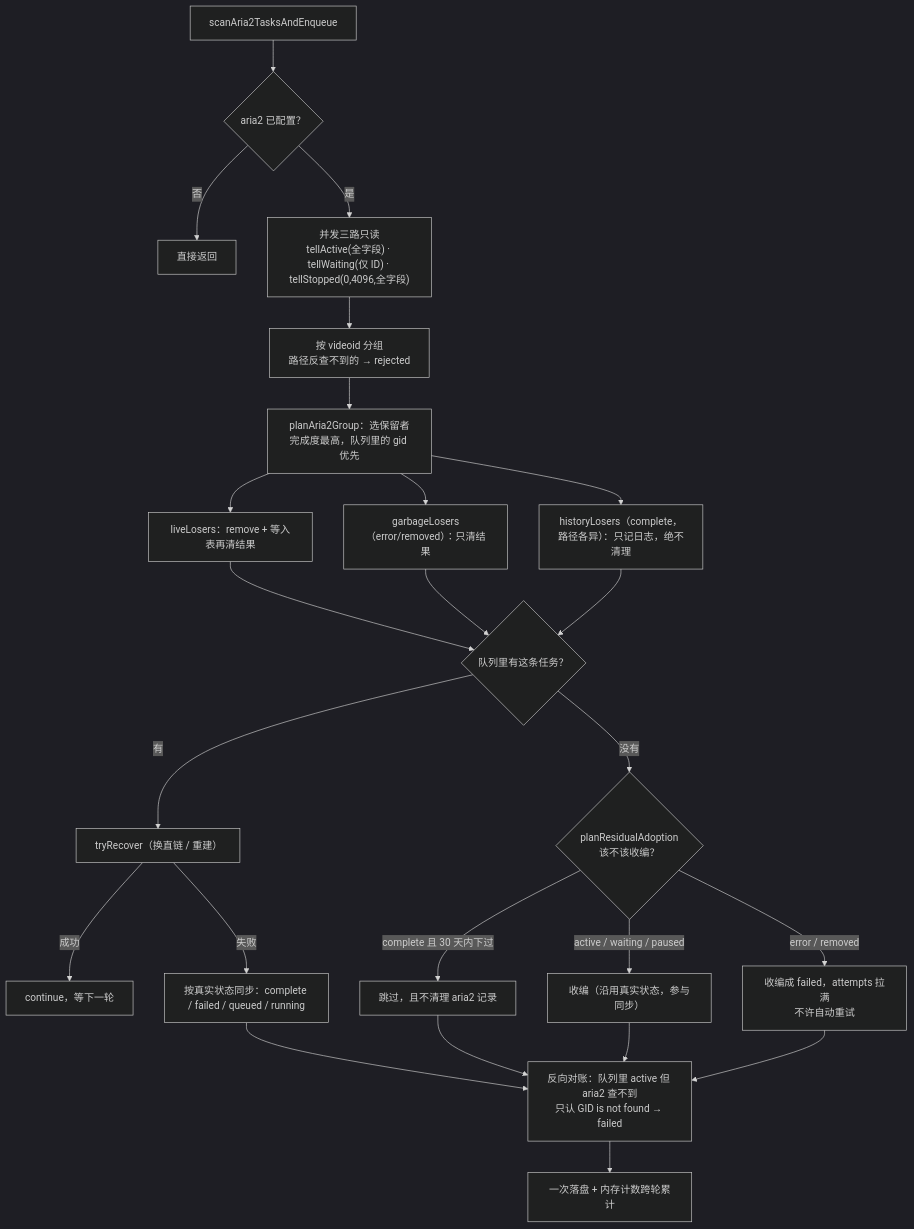
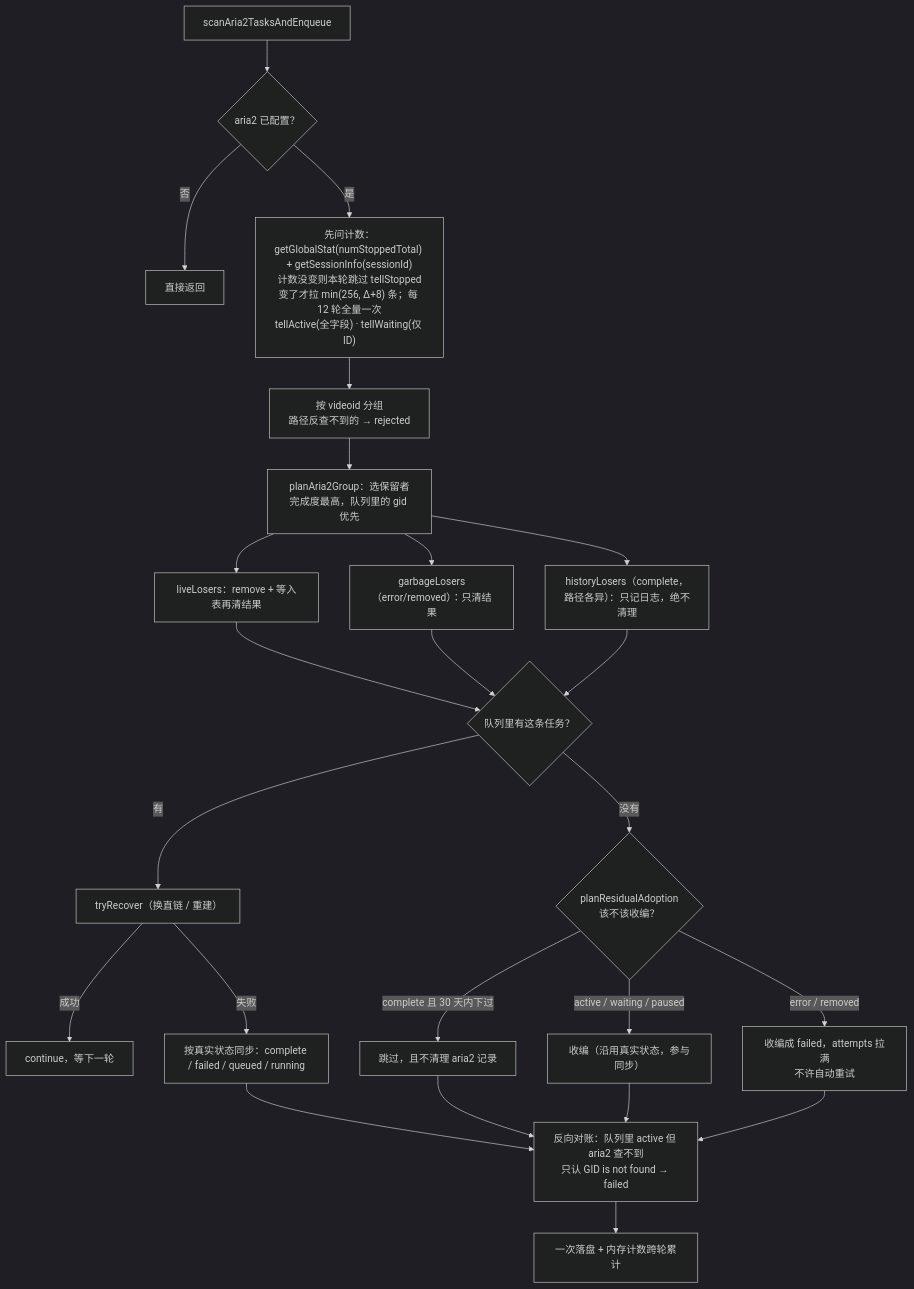
Before and after one commit to dawn-lc/IwaraAssistant: the second of 5 diagrams in docs/08-aria2-flow.md, drawn with Mermaid (dark theme). The commit also changed 4 other files, not shown here.

````diff
--- a/docs/08-aria2-flow.md
+++ b/docs/08-aria2-flow.md
@@ -44,26 +44,26 @@
 ```mermaid
 flowchart TD
     S["scanAria2TasksAndEnqueue"] --> C{"aria2 已配置？"}
     C -->|"否"| R0["直接返回"]
-    C -->|"是"| F["并发三路只读<br/>tellActive(全字段) · tellWaiting(仅 ID) · tellStopped(0,4096,全字段)"]
+    C -->|"是"| F["先问计数：getGlobalStat(numStoppedTotal) + getSessionInfo(sessionId)<br/>计数没变则本轮跳过 tellStopped<br/>变了才拉 min(256, Δ+8) 条；每 12 轮全量一次<br/>tellActive(全字段) · tellWaiting(仅 ID)"]
     F --> G["按 videoid 分组<br/>路径反查不到的 → rejected"]
     G --> P["planAria2Group：选保留者<br/>完成度最高，队列里的 gid 优先"]
     P --> L1["liveLosers：remove + 等入表再清结果"]
     P --> L2["garbageLosers（error/removed）：只清结果"]
     P --> L3["historyLosers（complete，路径各异）：只记日志，绝不清理"]
     L1 --> K{"队列里有这条任务？"}
     L2 --> K
     L3 --> K
     K -->|"有"| REC2["tryRecover（换直链 / 重建）"]
     REC2 -->|"成功"| N1["continue，等下一轮"]
     REC2 -->|"失败"| N2["按真实状态同步：complete / failed / queued / running"]
     K -->|"没有"| AD{"planResidualAdoption<br/>该不该收编？"}
     AD -->|"complete 且 30 天内下过"| SKIP["跳过，且不清理 aria2 记录"]
     AD -->|"active / waiting / paused"| ADP["收编（沿用真实状态，参与同步）"]
     AD -->|"error / removed"| ADF["收编成 failed，attempts 拉满<br/>不许自动重试"]
     N2 --> Z["反向对账：队列里 active 但 aria2 查不到<br/>只认 GID is not found → failed"]
     SKIP --> Z
     ADP --> Z
     ADF --> Z
     Z --> W["一次落盘 + 内存计数跨轮累计"]
 ```
````
